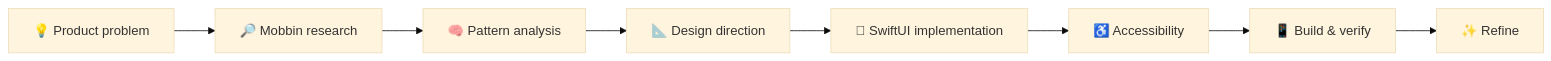
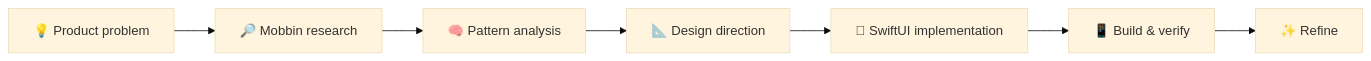
One commit to Patryk-Jastrzebski/mobbin-swiftui-skills changed the diagram in README.md. Above: the diagram before and after it, drawn with Mermaid (base theme). The commit also changed other lines of this file and 3 other files, not shown here.

````diff
--- a/README.md
+++ b/README.md
@@ -206,10 +200,9 @@
 ```mermaid
 flowchart LR
     A["💡 Product problem"] --> B["🔎 Mobbin research"]
     B --> C["🧠 Pattern analysis"]
     C --> D["📐 Design direction"]
     D --> E[" SwiftUI implementation"]
-    E --> F["♿ Accessibility"]
-    F --> G["📱 Build & verify"]
+    E --> G["📱 Build & verify"]
     G --> H["✨ Refine"]
 ```
````
